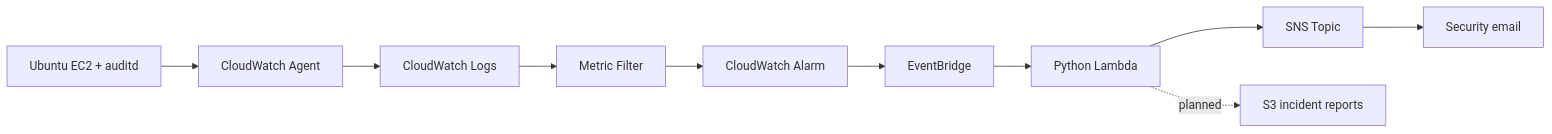
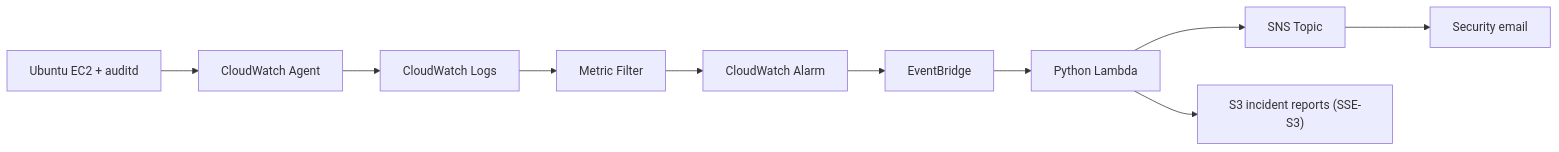
The diagram in README.md (abdelhaksaddi/aws-threat-detection-response-lab), drawn with Mermaid before and after one commit. The commit also changed other lines of this file, not shown here.

Commit message:
Document tested S3 incident reporting without changing existing architecture image

````diff
--- a/README.md
+++ b/README.md
@@ -11,12 +11,12 @@
 ```mermaid
 flowchart LR
   EC2["Ubuntu EC2 + auditd"] --> AG["CloudWatch Agent"]
   AG --> LOG["CloudWatch Logs"]
   LOG --> MF["Metric Filter"]
   MF --> AL["CloudWatch Alarm"]
   AL --> EB["EventBridge"]
   EB --> L["Python Lambda"]
   L --> SNS["SNS Topic"]
   SNS --> MAIL["Security email"]
-  L -. planned .-> S3["S3 incident reports"]
+  L --> S3["S3 incident reports (SSE-S3)"]
 ```
````
